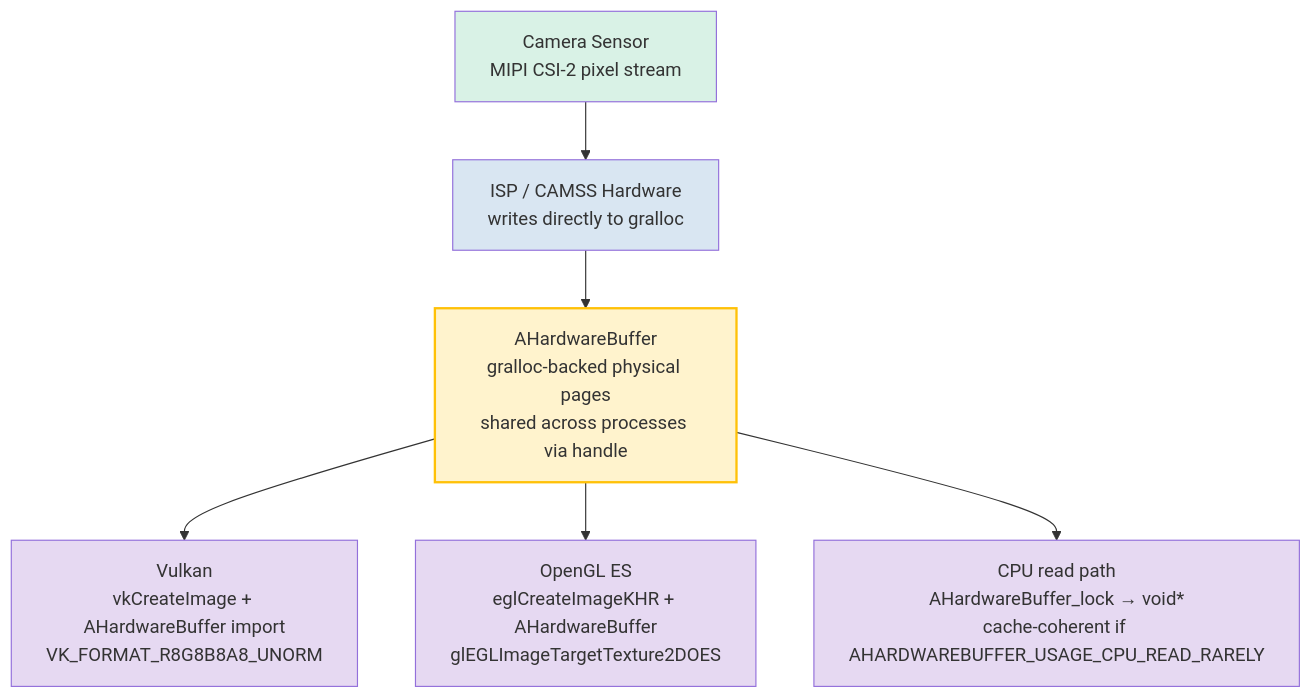
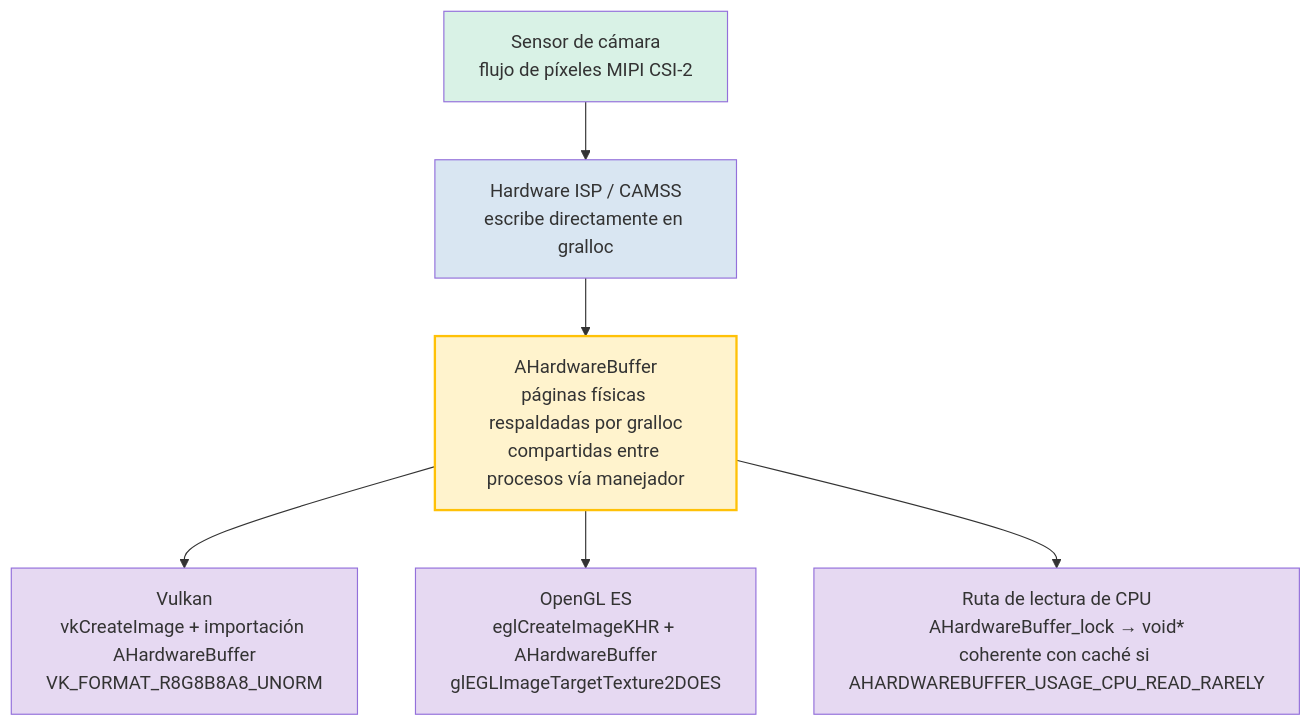
One commit to zoozooll/AndroidCameraParameters changed the diagram in website/i18n/es/docusaurus-plugin-content-docs/current/camera2/native-camera-development.md. Above: the diagram before and after it, drawn with Mermaid. The commit also changed other lines of this file and 378 other files, not shown here.

Commit message:
Update Android Camera Parameters repository links across localized Camera2 documentation

````diff
--- a/website/i18n/es/docusaurus-plugin-content-docs/current/camera2/native-camera-development.md
+++ b/website/i18n/es/docusaurus-plugin-content-docs/current/camera2/native-camera-development.md
@@ -177,15 +177,15 @@
 ```mermaid
 graph TB
-    A[Camera Sensor<br/>MIPI CSI-2 pixel stream] --> B[ISP / CAMSS Hardware<br/>writes directly to gralloc]
-    B --> C[AHardwareBuffer<br/>gralloc-backed physical pages<br/>shared across processes via handle]
-    C --> D1[Vulkan<br/>vkCreateImage + AHardwareBuffer import<br/>VK_FORMAT_R8G8B8A8_UNORM]
+    A["Sensor de cámara<br/>flujo de píxeles MIPI CSI-2"] --> B["Hardware ISP / CAMSS<br/>escribe directamente en gralloc"]
+    B --> C[AHardwareBuffer<br/>páginas físicas respaldadas por gralloc<br/>compartidas entre procesos vía manejador]
+    C --> D1[Vulkan<br/>vkCreateImage + importación AHardwareBuffer<br/>VK_FORMAT_R8G8B8A8_UNORM]
     C --> D2[OpenGL ES<br/>eglCreateImageKHR + AHardwareBuffer<br/>glEGLImageTargetTexture2DOES]
-    C --> D3[CPU read path<br/>AHardwareBuffer_lock → void*<br/>cache-coherent if AHARDWAREBUFFER_USAGE_CPU_READ_RARELY]
+    C --> D3[Ruta de lectura de CPU<br/>AHardwareBuffer_lock → void*<br/>coherente con caché si AHARDWAREBUFFER_USAGE_CPU_READ_RARELY]
 
     style A fill:#d9f2e6
     style B fill:#d9e6f2
     style C fill:#fff3cd,stroke:#ffc107,stroke-width:2px
     style D1 fill:#e6d9f2
     style D2 fill:#e6d9f2
     style D3 fill:#e6d9f2
 ```
````
